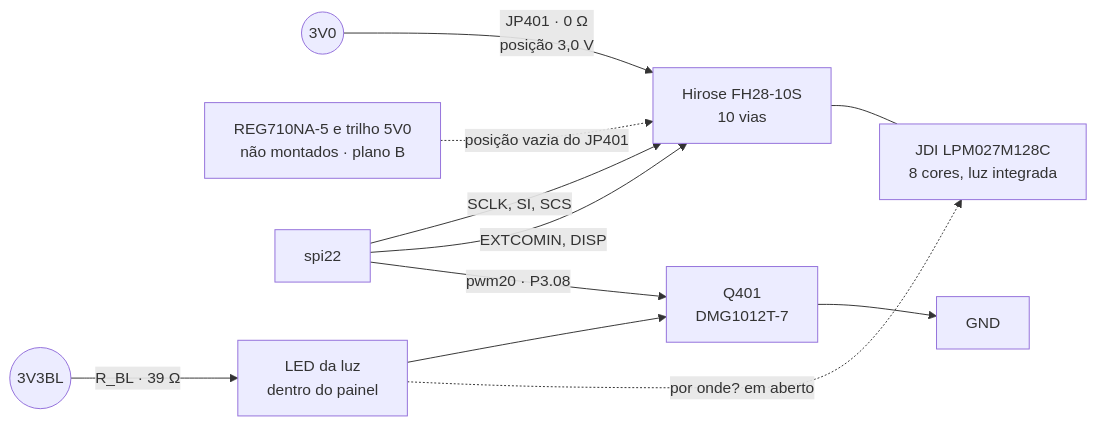
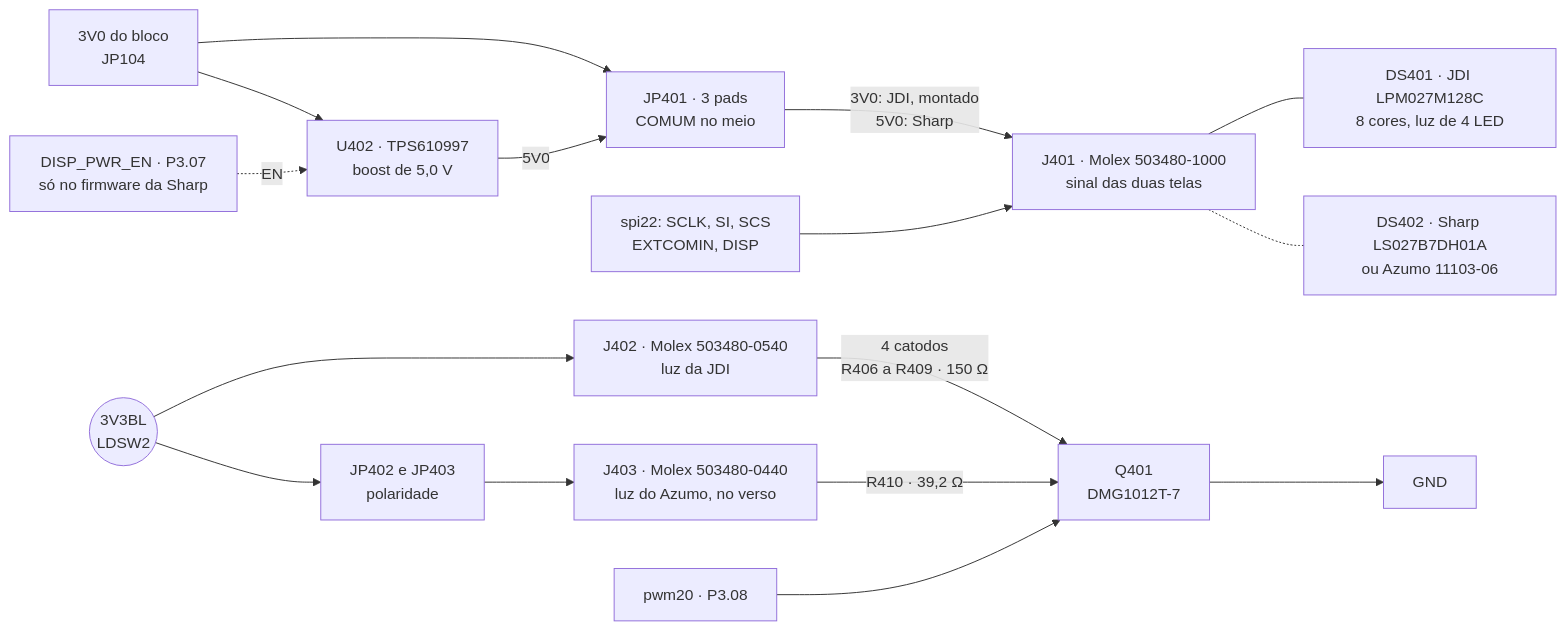
Before and after one commit to Guiimartinho/gnss-bike-computer: the fourth of 6 diagrams in hardware_gnssbike/01-esquematico.md, drawn with Mermaid. The commit also changed other lines of this file and 63 other files, not shown here.

````diff
--- a/hardware_gnssbike/01-esquematico.md
+++ b/hardware_gnssbike/01-esquematico.md
@@ -333,11 +374,17 @@
 ```mermaid
 flowchart LR
-    R3V0(("3V0")) -->|"JP401 · 0 Ω<br/>posição 3,0 V"| FPC["Hirose FH28-10S<br/>10 vias"]
-    NM["REG710NA-5 e trilho 5V0<br/>não montados · plano B"] -.->|"posição vazia do JP401"| FPC
-    MCU["spi22"] -->|"SCLK, SI, SCS"| FPC
-    MCU -->|"EXTCOMIN, DISP"| FPC
-    FPC --- PANEL["JDI LPM027M128C<br/>8 cores, luz integrada"]
-    RBL(("3V3BL")) -->|"R_BL · 39 Ω"| LED["LED da luz<br/>dentro do painel"] --> MOSFET["Q401<br/>DMG1012T-7"] --> GND["GND"]
-    MCU -->|"pwm20 · P3.08"| MOSFET
-    LED -.->|"por onde? em aberto"| PANEL
+    B3["3V0 do bloco<br/>JP104"] --> JP["JP401 · 3 pads<br/>COMUM no meio"]
+    B3 --> U["U402 · TPS610997<br/>boost de 5,0 V"]
+    EN["DISP_PWR_EN · P3.07<br/>só no firmware da Sharp"] -.->|"EN"| U
+    U -->|"5V0"| JP
+    JP -->|"3V0: JDI, montado<br/>5V0: Sharp"| J1["J401 · Molex 503480-1000<br/>sinal das duas telas"]
+    MCU["spi22: SCLK, SI, SCS<br/>EXTCOMIN, DISP"] --> J1
+    J1 --- T1["DS401 · JDI LPM027M128C<br/>8 cores, luz de 4 LED"]
+    J1 -.- T2["DS402 · Sharp LS027B7DH01A<br/>ou Azumo 11103-06"]
+    BL(("3V3BL<br/>LDSW2")) --> J2["J402 · Molex 503480-0540<br/>luz da JDI"]
+    J2 -->|"4 catodos<br/>R406 a R409 · 150 Ω"| Q["Q401<br/>DMG1012T-7"]
+    BL --> JPA["JP402 e JP403<br/>polaridade"] --> J3["J403 · Molex 503480-0440<br/>luz do Azumo, no verso"]
+    J3 -->|"R410 · 39,2 Ω"| Q
+    PWM["pwm20 · P3.08"] --> Q
+    Q --> GND["GND"]
 ```
````
